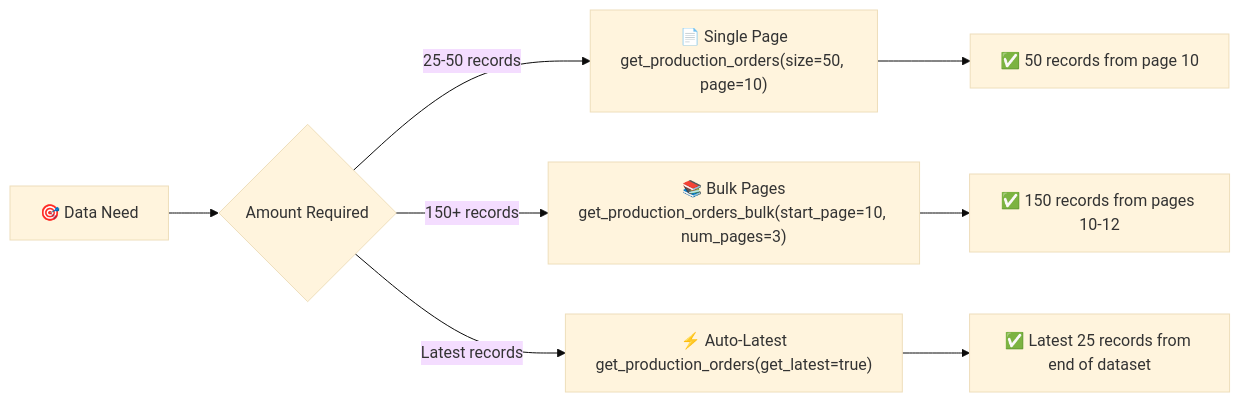
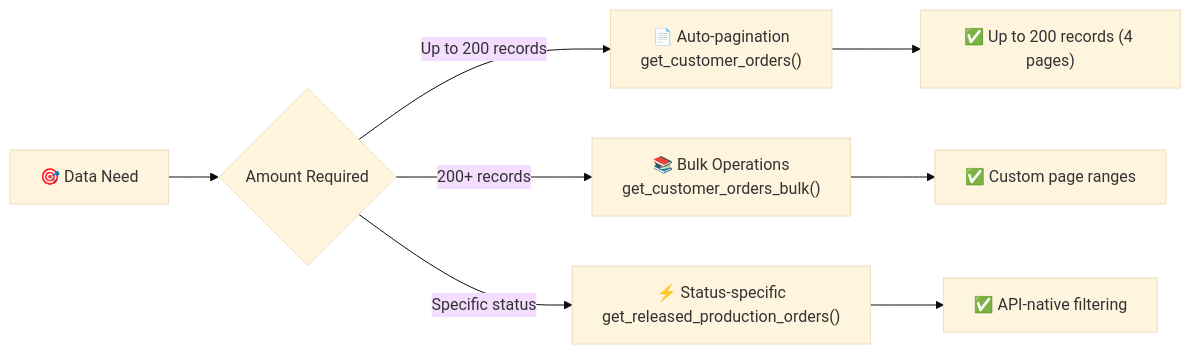
Before and after one commit to SheetMetalConnect/Oseon-MCP: the diagram in docs/advanced-usage.md, drawn with Mermaid (base theme). The commit also changed other lines of this file and 3 other files, not shown here.

First line of the commit message:
Major refactor: Fix overdue logic, optimize pagination, improve API efficiency

````diff
--- a/docs/advanced-usage.md
+++ b/docs/advanced-usage.md
@@ -9,12 +9,12 @@
 ```mermaid
 graph LR
     A["🎯 Data Need"] --> B{"Amount Required"}
     
-    B -->|"25-50 records"| C["📄 Single Page<br/>get_production_orders(size=50, page=10)"]
-    B -->|"150+ records"| D["📚 Bulk Pages<br/>get_production_orders_bulk(start_page=10, num_pages=3)"]
-    B -->|"Latest records"| E["⚡ Auto-Latest<br/>get_production_orders(get_latest=true)"]
+    B -->|"Up to 200 records"| C["📄 Auto-pagination<br/>get_customer_orders()"]
+    B -->|"200+ records"| D["📚 Bulk Operations<br/>get_customer_orders_bulk()"]
+    B -->|"Specific status"| E["⚡ Status-specific<br/>get_released_production_orders()"]
     
-    C --> F["✅ 50 records from page 10"]
-    D --> G["✅ 150 records from pages 10-12"]
-    E --> H["✅ Latest 25 records from end of dataset"]
+    C --> F["✅ Up to 200 records (4 pages)"]
+    D --> G["✅ Custom page ranges"]
+    E --> H["✅ API-native filtering"]
 ```
````
